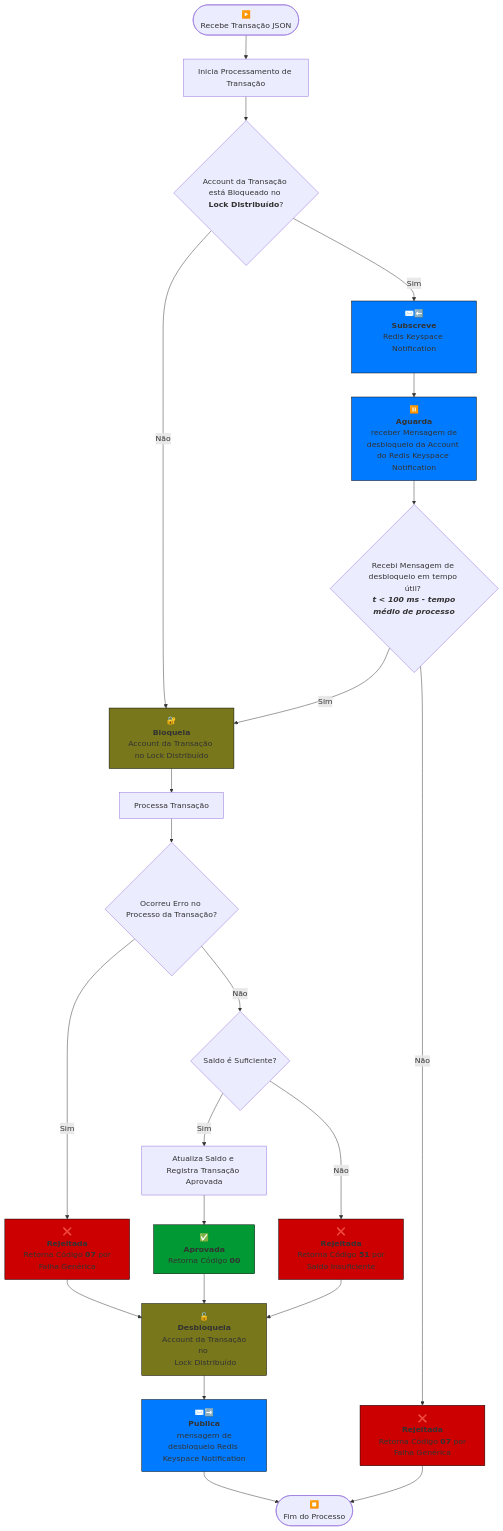
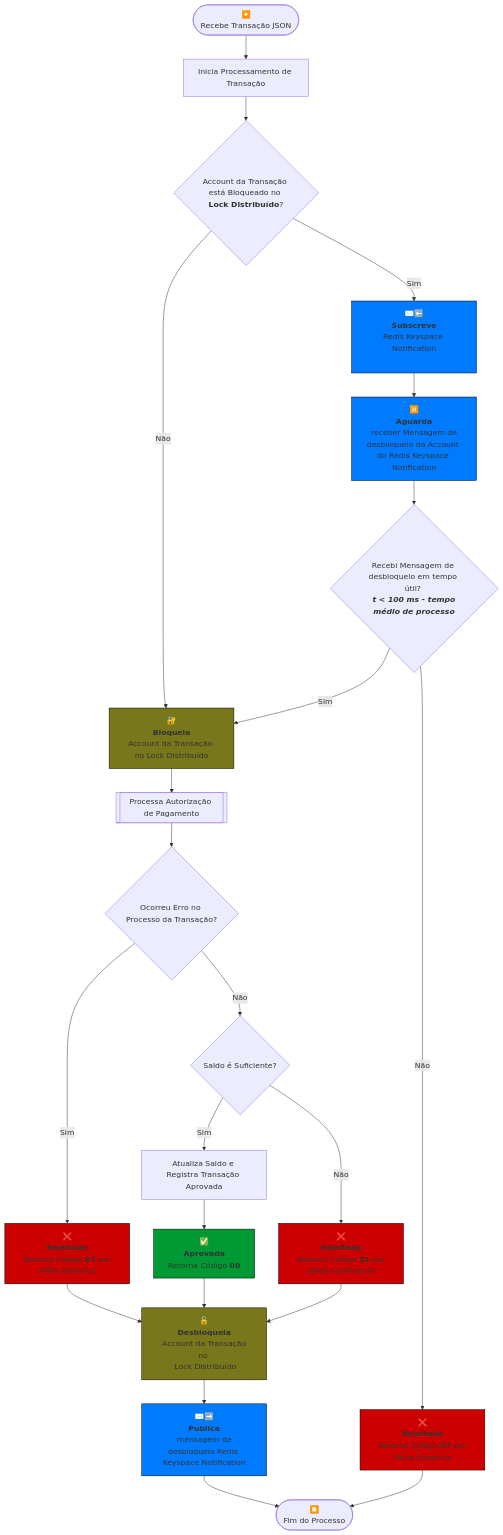
One commit to marciovmartins/jtonynet-go-payments-api changed the diagram in docs/architecture/decisions/0003-grpc-e-redis-keyspace-notification-em-api-rest-e-worker-para-reduzir-latencia-e-evitar-concorrencia.md. Above: the diagram before and after it, drawn with Mermaid. The commit also changed other lines of this file and 1 other file, not shown here.

````diff
--- a/docs/architecture/decisions/0003-grpc-e-redis-keyspace-notification-em-api-rest-e-worker-para-reduzir-latencia-e-evitar-concorrencia.md
+++ b/docs/architecture/decisions/0003-grpc-e-redis-keyspace-notification-em-api-rest-e-worker-para-reduzir-latencia-e-evitar-concorrencia.md
@@ -134,43 +134,43 @@
 ```mermaid
 flowchart TD
     A([▶️<br/>Recebe Transação JSON]) --> B[Inicia Processamento de Transação]
     B --> C{Account da Transação está Bloqueado no <b>Lock Distribuído</b>?}
     
     C -- Não --> D[🔐<br/><b>Bloqueia</b><br/>Account da Transação no Lock Distribuído]
-    D  --> E[Processa Transação]
+    D  --> E[[Processa Autorização de Pagamento]]
 
     C -- Sim --> M[✉️⬅️<br/><b>Subscreve</b><br/>Redis Keyspace Notification<br/><br/> ]
     M --> R[⏸️<br/><b>Aguarda</b><br> receber Mensagem de desbloqueio da Account do Redis Keyspace Notification]
     R --> N{Recebi Mensagem de desbloqueio em tempo útil? <br/> <b><i>t<i> < 100 ms - tempo médio de processo</b>}
     N -- Sim --> D
     N -- Não --> O[❌<br/><b>Rejeitada</b><br/> Retorna Código <b>07</b> por Falha Genérica</b>]
 
     E --> F{Ocorreu Erro no Processo da Transação?}
     F -- Não --> G{Saldo é Suficiente?}
     F -- Sim --> K[❌<br/><b>Rejeitada</b><br/> Retorna Código <b>07</b> por Falha Genérica</b>]
     K --> J
     
     G -- Sim --> H[Atualiza Saldo e Registra Transação Aprovada]
     H --> I[✅<br/><b>Aprovada</b><br/> Retorna Código <b>00</b>]
     I --> J[🔓<br/><b>Desbloqueia</b><br/> Account da Transação no <br> Lock Distribuído]
 
     G -- Não --> L[❌<br/><b>Rejeitada</b><br/> Retorna Código <b>51</b> por Saldo Insuficiente</b>]
     L --> J
 
     J --> P[✉️➡️<br/><b>Publica</b><br/> mensagem de desbloqueio Redis Keyspace Notification]
     P --> Q([⏹️<br/>Fim do Processo])
     O --> Q
 
     style D fill:#78771b,stroke:#000
     style I fill:#009933,stroke:#000
 
     style L fill:#cc0000,stroke:#000
     style K fill:#cc0000,stroke:#000
     style O fill:#cc0000,stroke:#000
 
     style M fill:#007bff,stroke:#000
     style R fill:#007bff,stroke:#000
 
     style J fill:#78771b,stroke:#000
     style P fill:#007bff,stroke:#000
 ```
````
